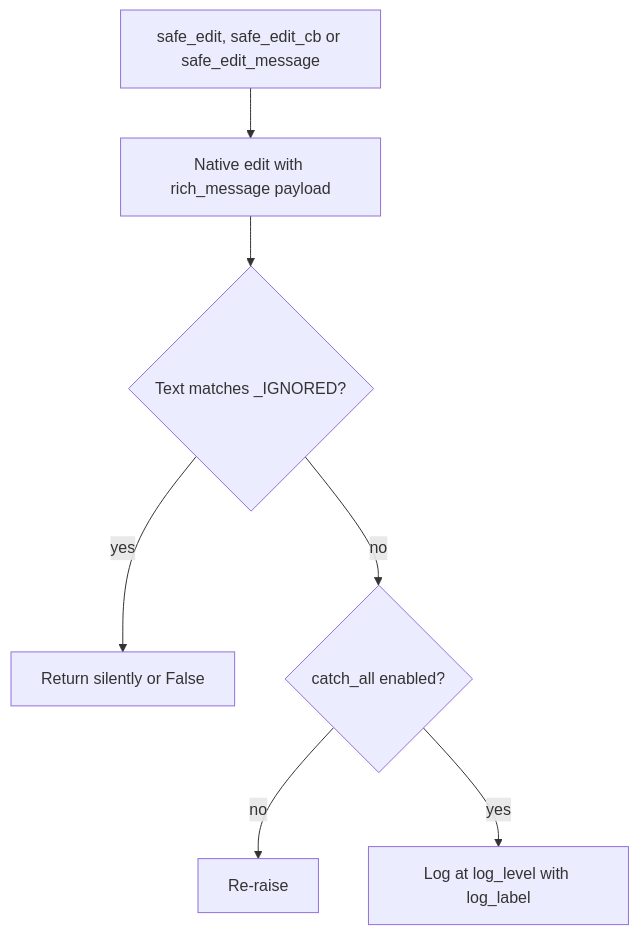
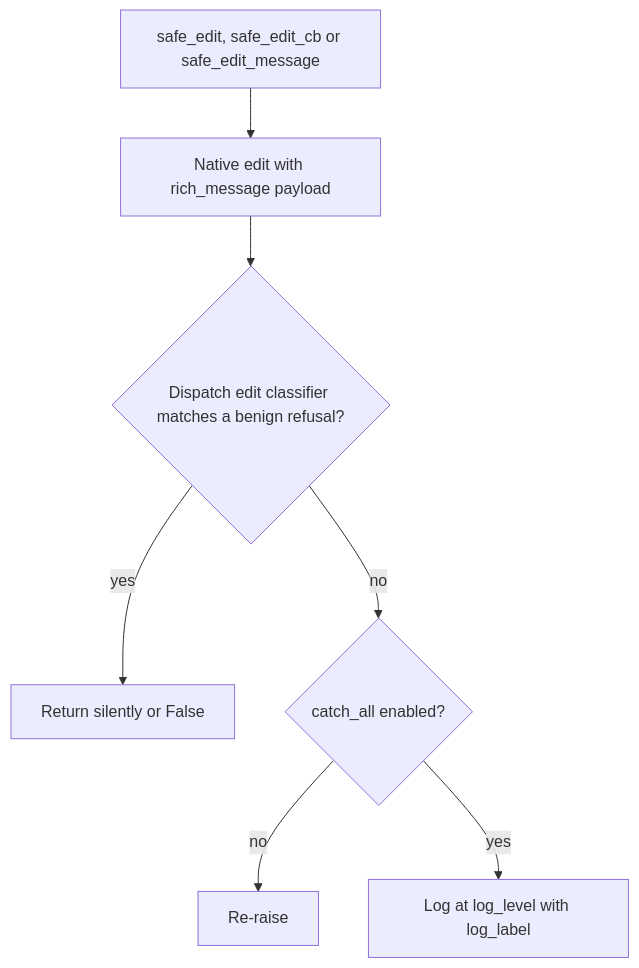
The second of 3 diagrams in docs/flows/transport.md (D1ZZY4/tcbot), drawn with Mermaid before and after one commit. The commit also changed other lines of this file and 8 other files, not shown here.

````diff
--- a/docs/flows/transport.md
+++ b/docs/flows/transport.md
@@ -65,9 +72,9 @@
 ```mermaid
 flowchart TD
     CALL[safe_edit, safe_edit_cb or safe_edit_message] --> RICH[Native edit with rich_message payload]
-    RICH --> BAD{Text matches _IGNORED?}
+    RICH --> BAD{Dispatch edit classifier matches a benign refusal?}
     BAD -->|yes| DONE[Return silently or False]
     BAD -->|no| CATCH{catch_all enabled?}
     CATCH -->|no| RAISE[Re-raise]
     CATCH -->|yes| LEVEL[Log at log_level with log_label]
 ```
````
